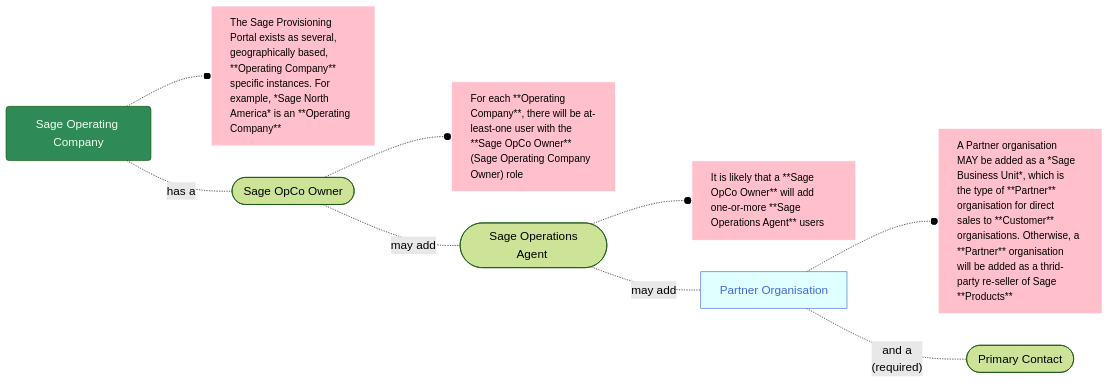
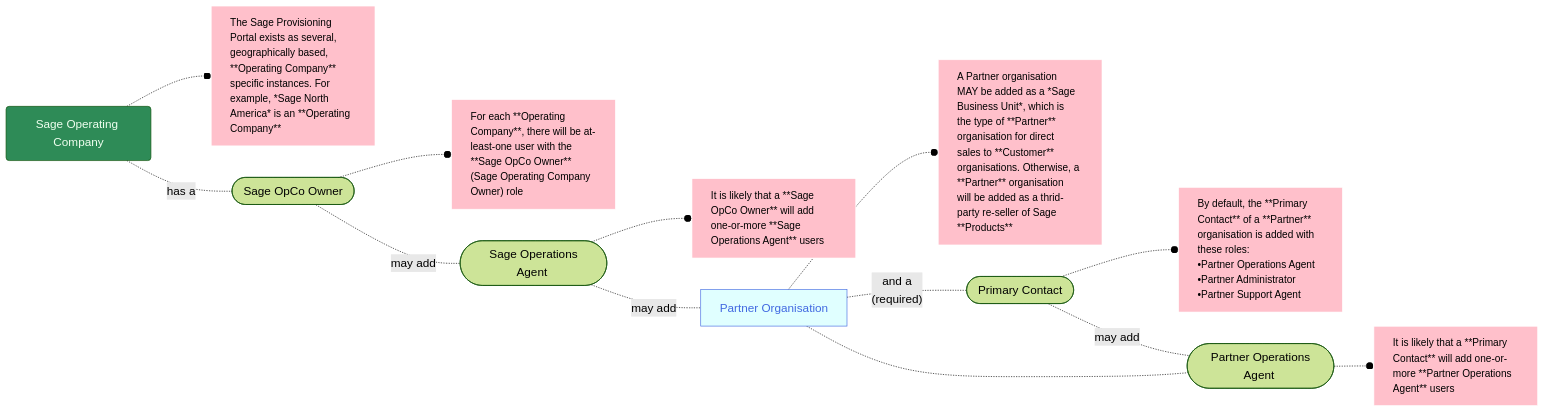
Before and after one commit to joe-dorward/samples: the diagram in 2025_Sage/10_What is an Operating Company.mdx, drawn with Mermaid.

Commit message:
Update 10_What is an Operating Company.mdx

````diff
--- a/2025_Sage/10_What is an Operating Company.mdx
+++ b/2025_Sage/10_What is an Operating Company.mdx
@@ -1,43 +1,50 @@
 ```mermaid
 %%{
   init: {
     'theme': 'forest',
     'themeVariables': {
       'fontSize':'14pt'
     }
   }
 }%%
 flowchart LR
   classDef Sage fill:seagreen, color:honeydew;
   classDef Noun fill:lightcyan, stroke:royalblue, color:royalblue;
   classDef Note fill:pink, stroke:white, text-align:left, font-size: 95%;
 
   SAGE_OPERATING_COMPANY_01(Sage Operating Company)-.-o
   SAGE_OPERATING_COMPANY_01_Note[The Sage Provisioning Portal exists as several, geographically based, **Operating Company** specific instances. For example, *Sage North America* is an **Operating Company**]
 
   SAGE_OPERATING_COMPANY_01-.has a.-
   SAGE_OPCO_OWNER_01([&nbsp;Sage OpCo Owner&nbsp;])-.-o
   SAGE_OPCO_OWNER_01_NOTE["For each **Operating Company**, there will be at-least-one user with the **Sage OpCo Owner** (Sage Operating Company Owner) role"]
 
   SAGE_OPCO_OWNER_01-.may add.-
   SAGE_OPERATIONS_AGENT_01([&nbsp;Sage Operations Agent&nbsp;])-.-o
   SAGE_OPERATIONS_AGENT_01_NOTE[It is likely that a **Sage OpCo Owner** will add one-or-more **Sage Operations Agent** users]
 
   SAGE_OPERATIONS_AGENT_01-.may add.-
   PARTNER_ORGANISATION_01([&nbsp;Partner Organisation&nbsp;])-.-o
   PARTNER_ORGANISATION_01_NOTE[A Partner organisation MAY be added as a *Sage Business Unit*, which is the type of **Partner** organisation for direct sales to **Customer** organisations. Otherwise, a **Partner** organisation will be added as a thrid-party re-seller of Sage **Products**]
 
   PARTNER_ORGANISATION_01[Partner Organisation]-.and a<br/>(required).-
-  PRIMARY_CONTACT_01([&nbsp;Primary Contact&nbsp;])
+  PRIMARY_CONTACT_01([&nbsp;Primary Contact&nbsp;])-.-o
+  PRIMARY_CONTACT_01_NOTE[By default, the **Primary Contact** of a **Partner** organisation is added with these roles:<br/>&bull;Partner Operations Agent<br/>&bull;Partner Administrator<br/>&bull;Partner Support Agent]
 
+  PRIMARY_CONTACT_01-.may add.-
+  PARTNER_OPERATIONS_AGENT_01([&nbsp;Partner Operations Agent&nbsp;])-.-o
+  PARTNER_OPERATIONS_AGENT_01_NOTE[It is likely that a **Primary Contact** will add one-or-more **Partner Operations Agent** users]
 
-
-
+  PARTNER_ORGANISATION_01-.-
+  PARTNER_OPERATIONS_AGENT_01
 
   %%PARTNER_OPERATIONS_AGENT_01([&nbsp;Partner Operations Agent&nbsp;])-.-o
   %%PARTNER_OPERATIONS_AGENT_01_NOTE[It is likely that a **Sage Operations Agent** will add one-or-more **Partner Operations Agent** users]
 
   class SAGE_OPERATING_COMPANY_01 Sage
   class PARTNER_ORGANISATION_01,PRODUCT_01,PRODUCT_02 Noun
-  class SAGE_OPERATING_COMPANY_01_Note,SAGE_OPCO_OWNER_01_NOTE,SAGE_OPERATIONS_AGENT_01_NOTE,PARTNER_ORGANISATION_01_NOTE,PARTNER_OPERATIONS_AGENT_01_NOTE Note
+  class SAGE_OPERATING_COMPANY_01_Note,SAGE_OPCO_OWNER_01_NOTE,SAGE_OPERATIONS_AGENT_01_NOTE,PARTNER_ORGANISATION_01_NOTE Note
+
+  class PRIMARY_CONTACT_01_NOTE Note
+  class PARTNER_OPERATIONS_AGENT_01_NOTE,PARTNER_OPERATIONS_AGENT_01_NOTE Note
 ```
````
